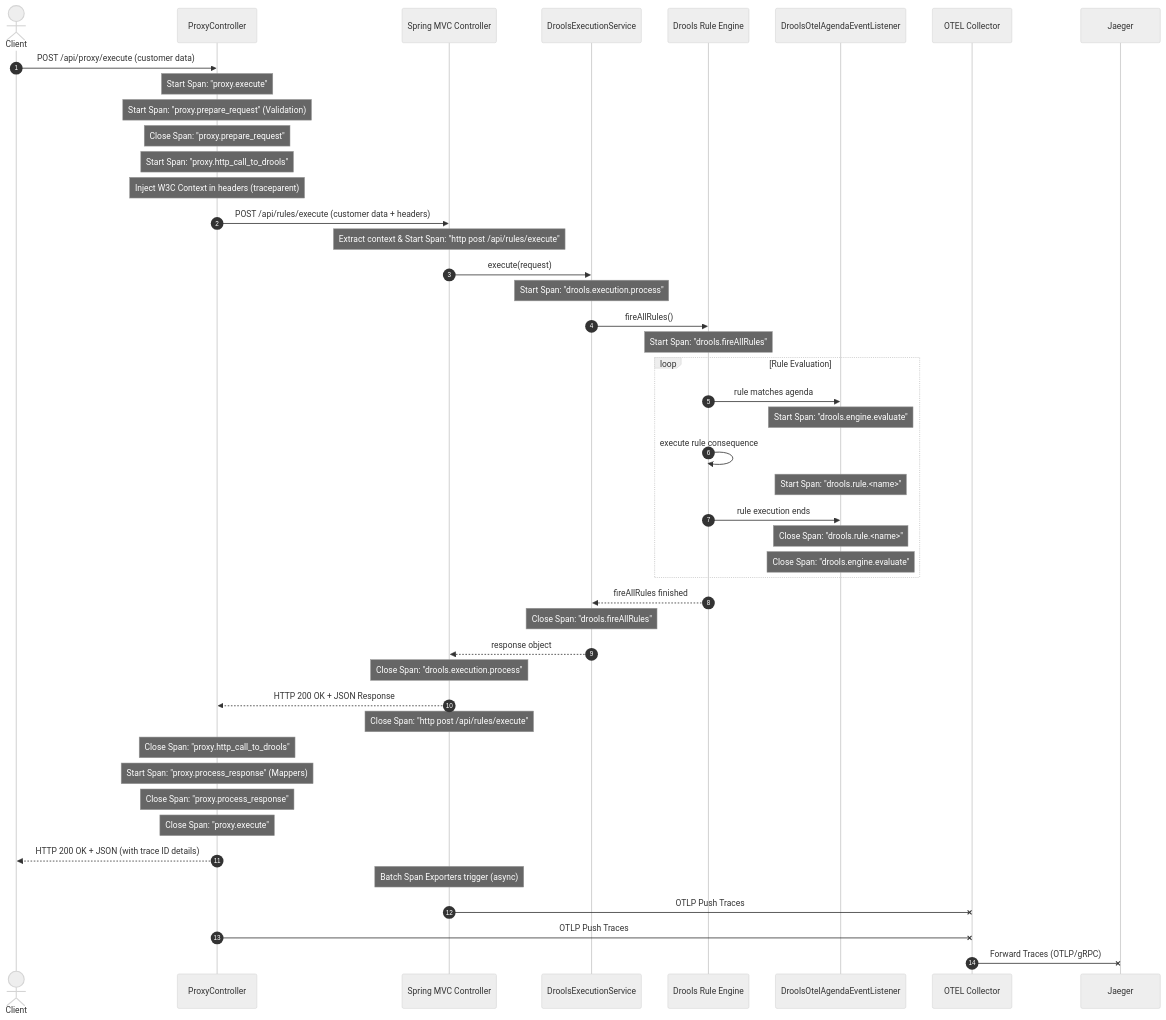
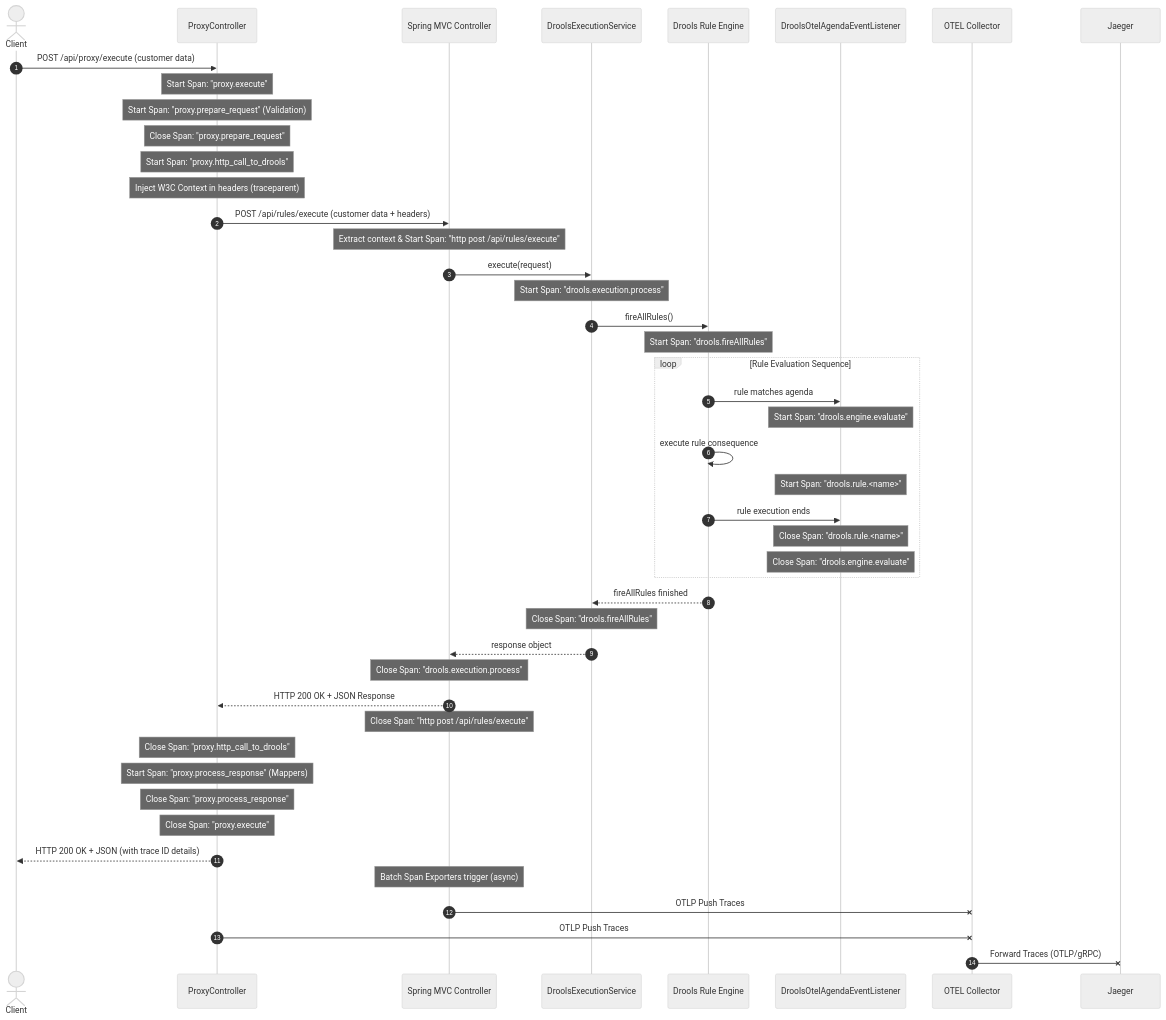
Before and after one commit to pradhyu/spring-doorls-otel-integration: the second of 2 diagrams in DESIGN.md, drawn with Mermaid (neutral theme). The commit also changed other lines of this file and 10 other files, not shown here.

````diff
--- a/DESIGN.md
+++ b/DESIGN.md
@@ -96,58 +103,58 @@
 ```mermaid
 sequenceDiagram
     autonumber
     actor Client
     participant Proxy as ProxyController
     participant App as Spring MVC Controller
     participant Svc as DroolsExecutionService
     participant Drools as Drools Rule Engine
     participant Listener as DroolsOtelAgendaEventListener
     participant Collector as OTEL Collector
     participant Jaeger as Jaeger
 
     Client->>Proxy: POST /api/proxy/execute (customer data)
     Note over Proxy: Start Span: "proxy.execute"
     
     Note over Proxy: Start Span: "proxy.prepare_request" (Validation)
     Note over Proxy: Close Span: "proxy.prepare_request"
     
     Note over Proxy: Start Span: "proxy.http_call_to_drools"
     Note over Proxy: Inject W3C Context in headers (traceparent)
     
     Proxy->>App: POST /api/rules/execute (customer data + headers)
     Note over App: Extract context & Start Span: "http post /api/rules/execute"
     App->>Svc: execute(request)
     Note over Svc: Start Span: "drools.execution.process"
     Svc->>Drools: fireAllRules()
     Note over Drools: Start Span: "drools.fireAllRules"
     
-    loop Rule Evaluation
+    loop Rule Evaluation Sequence
         Drools->>Listener: rule matches agenda
         Note over Listener: Start Span: "drools.engine.evaluate"
         Drools->>Drools: execute rule consequence
         Note over Listener: Start Span: "drools.rule.<name>"
         Drools->>Listener: rule execution ends
         Note over Listener: Close Span: "drools.rule.<name>"
         Note over Listener: Close Span: "drools.engine.evaluate"
     end
     
     Drools-->>Svc: fireAllRules finished
     Note over Svc: Close Span: "drools.fireAllRules"
     Svc-->>App: response object
     Note over App: Close Span: "drools.execution.process"
     App-->>Proxy: HTTP 200 OK + JSON Response
     Note over App: Close Span: "http post /api/rules/execute"
     
     Note over Proxy: Close Span: "proxy.http_call_to_drools"
     
     Note over Proxy: Start Span: "proxy.process_response" (Mappers)
     Note over Proxy: Close Span: "proxy.process_response"
     
     Note over Proxy: Close Span: "proxy.execute"
     Proxy-->>Client: HTTP 200 OK + JSON (with trace ID details)
 
     Note over App: Batch Span Exporters trigger (async)
     App-xCollector: OTLP Push Traces
     Proxy-xCollector: OTLP Push Traces
     Collector-xJaeger: Forward Traces (OTLP/gRPC)
 ```
````
